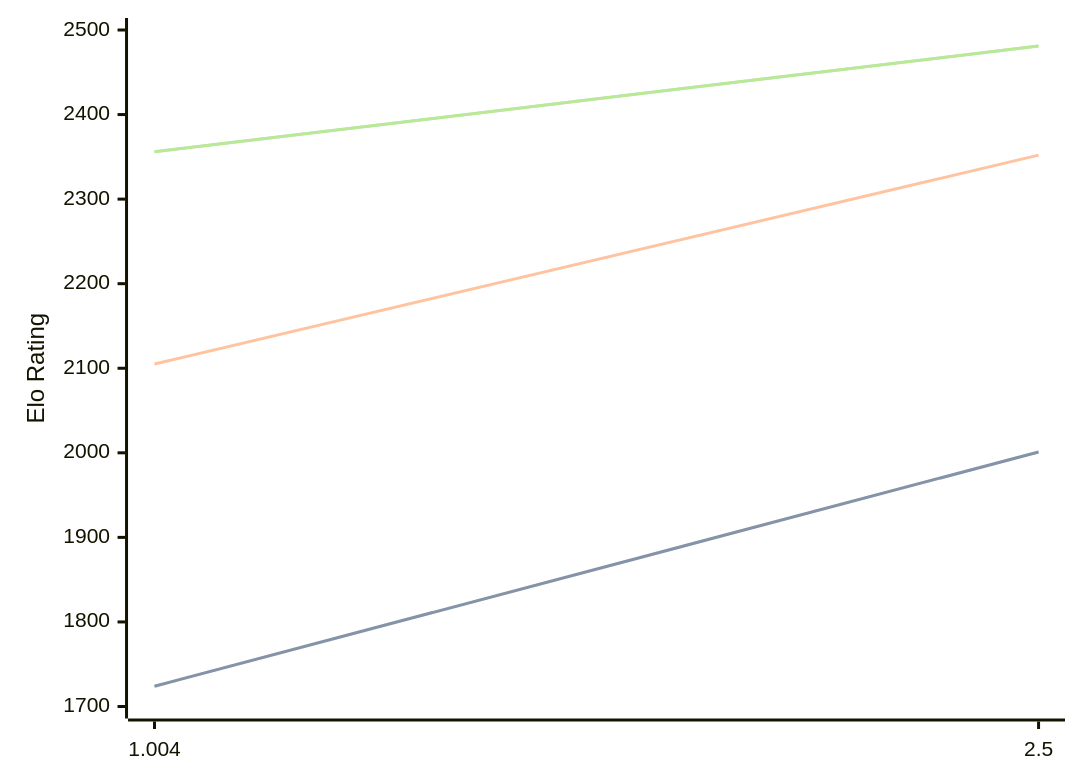
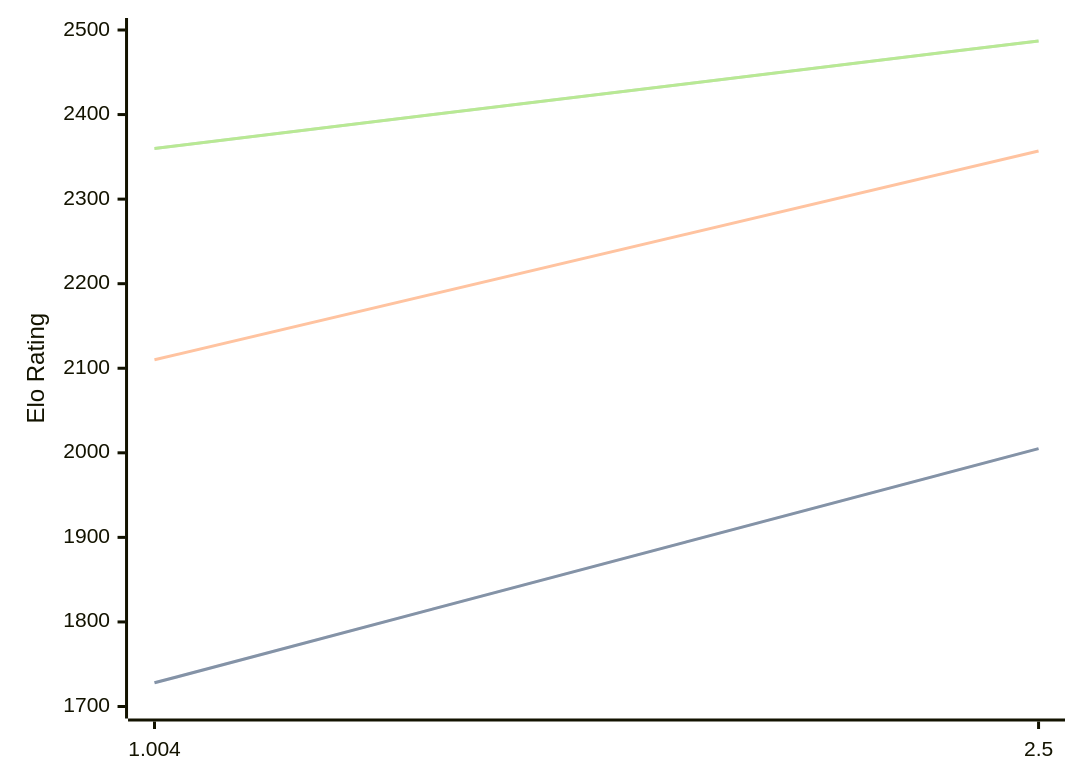
Before and after one commit to computer-chess-index/cci: the diagram in engines/Ares.md, drawn with Mermaid. The commit also changed other lines of this file, not shown here.

Commit message:
Update CCI Ratings (ELO VLTC) - 2026-04-18

````diff
--- a/engines/Ares.md
+++ b/engines/Ares.md
@@ -32,11 +32,11 @@
 ```mermaid
 %%{init: {"theme":"base","themeVariables":{"seriesColors:['#a3a3a3','#222221','#faa371']}}}%%
 xychart-beta
   x-axis ["1.004", "2.5"]
   y-axis "Elo Rating" 1700 --> 2500
-  line "STC (8.0+0.08s)" [1724, 2001]
-  line "STC (8.0+0.08s)" [1724, 2001]
-  line "LTC (60.0+0.60s)" [2105, 2352]
-  line "VLTC (2m24s+1.12s)" [2356, 2481]
-  line "VLTC (2m24s+1.12s)" [2356, 2481]
+  line "STC (8.0+0.08s)" [1728, 2005]
+  line "STC (8.0+0.08s)" [1728, 2005]
+  line "LTC (60.0+0.60s)" [2110, 2357]
+  line "VLTC (2m24s+1.12s)" [2360, 2487]
+  line "VLTC (2m24s+1.12s)" [2360, 2487]
 ```
````
